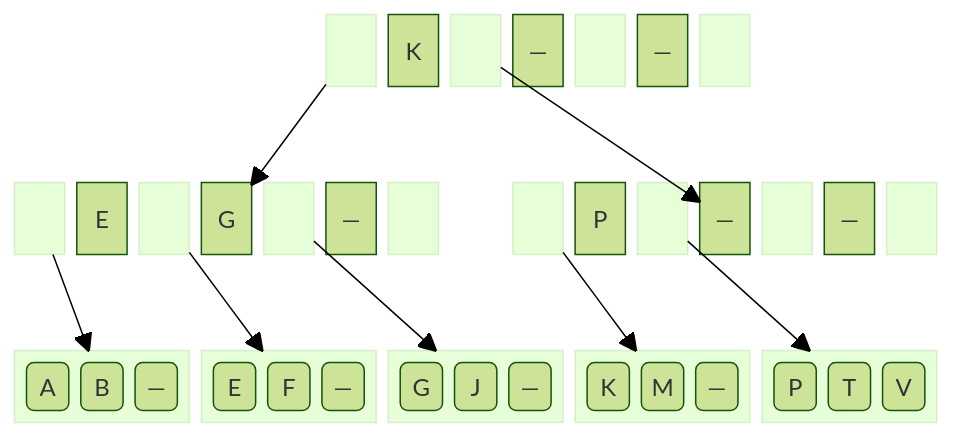
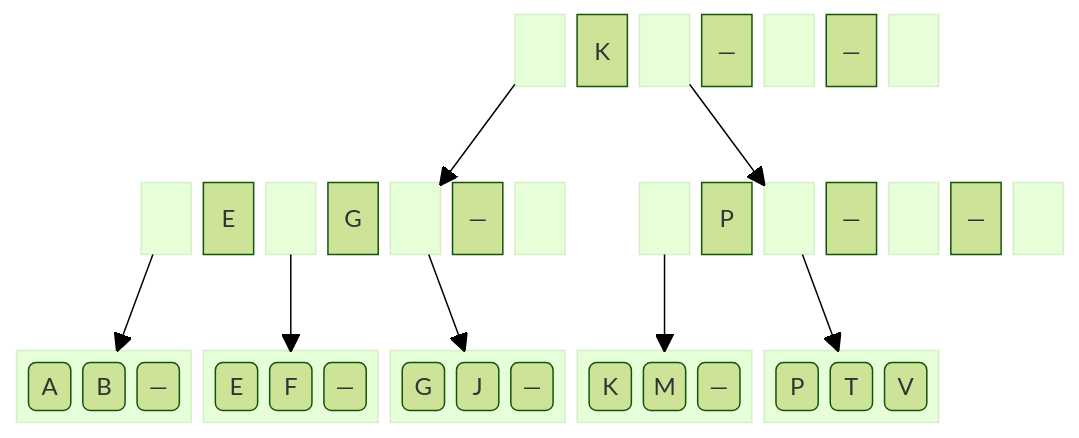
One commit to BenhurUFSM/pod26b changed the sixth of 7 diagrams in Assuntos/busca-ext.md. Above: the diagram before and after it, drawn with Mermaid (forest theme).

````diff
--- a/Assuntos/busca-ext.md
+++ b/Assuntos/busca-ext.md
@@ -70,27 +70,29 @@
 ```mermaid
 block
-  columns 15
-  space:5
+  columns 17
+  space:8
   block:rl1 space end ra["K"] block:rl2 space end rb["—"] block:rl3 space end rc["—"] block:rl4 space end
-  space:3
-  space:15
+  space:2
+  space:17
 
+  space:2
   block:i1l1 space end i1a["E"] block:i1l2 space end i1b["G"] block:i1l3 space end i1c["—"] block:i1l4 space end
   space
   block:i2l1 space end i2a["P"] block:i2l2 space end i2b["—"] block:i2l3 space end i2c["—"] block:i2l4 space end
-  space:15
+  space:17
 
   block:f1:3 f1a("A") f1b("B") f1c("—") end
   block:f5:3 f5a("E") f5b("F") f5c("—") end
   block:f3:3 f3a("G") f3b("J") f3c("—") end
   block:f4:3 f4a("K") f4b("M") f4c("—") end
   block:f2:3 f2a("P") f2b("T") f2c("V") end
+  space:2
 
-  rl1-->i1b
-  rl2-->i2b
+  rl1-->i1l3
+  rl2-->i2l2
   i1l1-->f1
   i1l2-->f5
   i1l3-->f3
   i2l1-->f4
   i2l2-->f2
 ```
````
